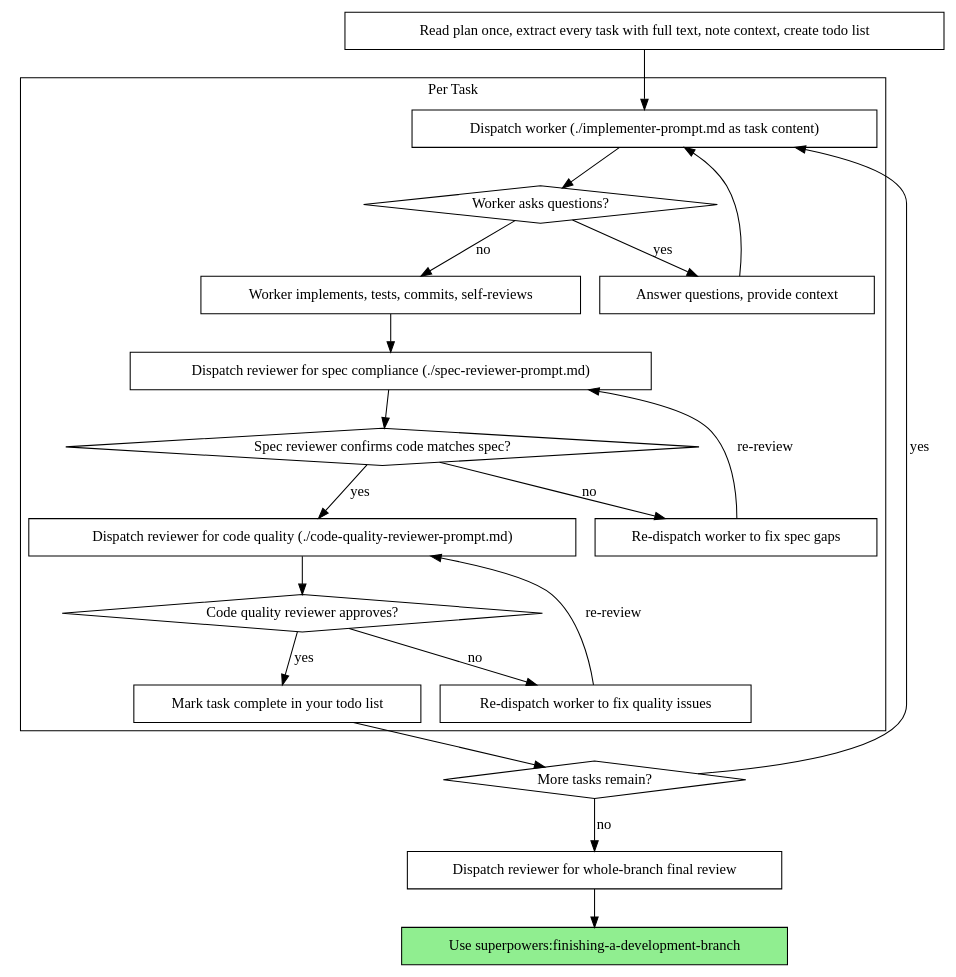
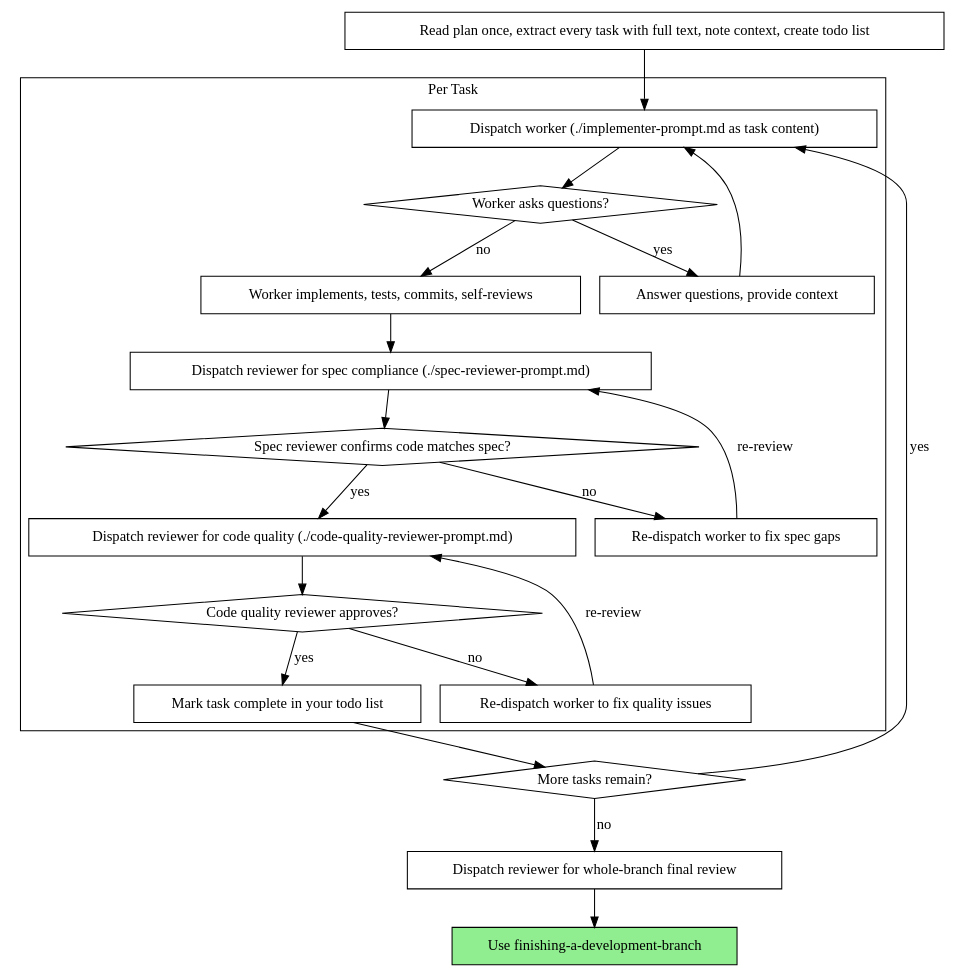
One commit to fgladisch/pi-skills changed the second of 2 diagrams in subagent-driven-development/SKILL.md. Above: the diagram before and after it, drawn with Graphviz. The commit also changed other lines of this file and 31 other files, not shown here.

````diff
--- a/subagent-driven-development/SKILL.md
+++ b/subagent-driven-development/SKILL.md
@@ -82,44 +82,44 @@
 ```dot
 digraph process {
     rankdir=TB;
 
     subgraph cluster_per_task {
         label="Per Task";
         "Dispatch worker (./implementer-prompt.md as task content)" [shape=box];
         "Worker asks questions?" [shape=diamond];
         "Answer questions, provide context" [shape=box];
         "Worker implements, tests, commits, self-reviews" [shape=box];
         "Dispatch reviewer for spec compliance (./spec-reviewer-prompt.md)" [shape=box];
         "Spec reviewer confirms code matches spec?" [shape=diamond];
         "Re-dispatch worker to fix spec gaps" [shape=box];
         "Dispatch reviewer for code quality (./code-quality-reviewer-prompt.md)" [shape=box];
         "Code quality reviewer approves?" [shape=diamond];
         "Re-dispatch worker to fix quality issues" [shape=box];
         "Mark task complete in your todo list" [shape=box];
     }
 
     "Read plan once, extract every task with full text, note context, create todo list" [shape=box];
     "More tasks remain?" [shape=diamond];
     "Dispatch reviewer for whole-branch final review" [shape=box];
-    "Use superpowers:finishing-a-development-branch" [shape=box style=filled fillcolor=lightgreen];
+    "Use finishing-a-development-branch" [shape=box style=filled fillcolor=lightgreen];
 
     "Read plan once, extract every task with full text, note context, create todo list" -> "Dispatch worker (./implementer-prompt.md as task content)";
     "Dispatch worker (./implementer-prompt.md as task content)" -> "Worker asks questions?";
     "Worker asks questions?" -> "Answer questions, provide context" [label="yes"];
     "Answer questions, provide context" -> "Dispatch worker (./implementer-prompt.md as task content)";
     "Worker asks questions?" -> "Worker implements, tests, commits, self-reviews" [label="no"];
     "Worker implements, tests, commits, self-reviews" -> "Dispatch reviewer for spec compliance (./spec-reviewer-prompt.md)";
     "Dispatch reviewer for spec compliance (./spec-reviewer-prompt.md)" -> "Spec reviewer confirms code matches spec?";
     "Spec reviewer confirms code matches spec?" -> "Re-dispatch worker to fix spec gaps" [label="no"];
     "Re-dispatch worker to fix spec gaps" -> "Dispatch reviewer for spec compliance (./spec-reviewer-prompt.md)" [label="re-review"];
     "Spec reviewer confirms code matches spec?" -> "Dispatch reviewer for code quality (./code-quality-reviewer-prompt.md)" [label="yes"];
     "Dispatch reviewer for code quality (./code-quality-reviewer-prompt.md)" -> "Code quality reviewer approves?";
     "Code quality reviewer approves?" -> "Re-dispatch worker to fix quality issues" [label="no"];
     "Re-dispatch worker to fix quality issues" -> "Dispatch reviewer for code quality (./code-quality-reviewer-prompt.md)" [label="re-review"];
     "Code quality reviewer approves?" -> "Mark task complete in your todo list" [label="yes"];
     "Mark task complete in your todo list" -> "More tasks remain?";
     "More tasks remain?" -> "Dispatch worker (./implementer-prompt.md as task content)" [label="yes"];
     "More tasks remain?" -> "Dispatch reviewer for whole-branch final review" [label="no"];
-    "Dispatch reviewer for whole-branch final review" -> "Use superpowers:finishing-a-development-branch";
+    "Dispatch reviewer for whole-branch final review" -> "Use finishing-a-development-branch";
 }
 ```
````
